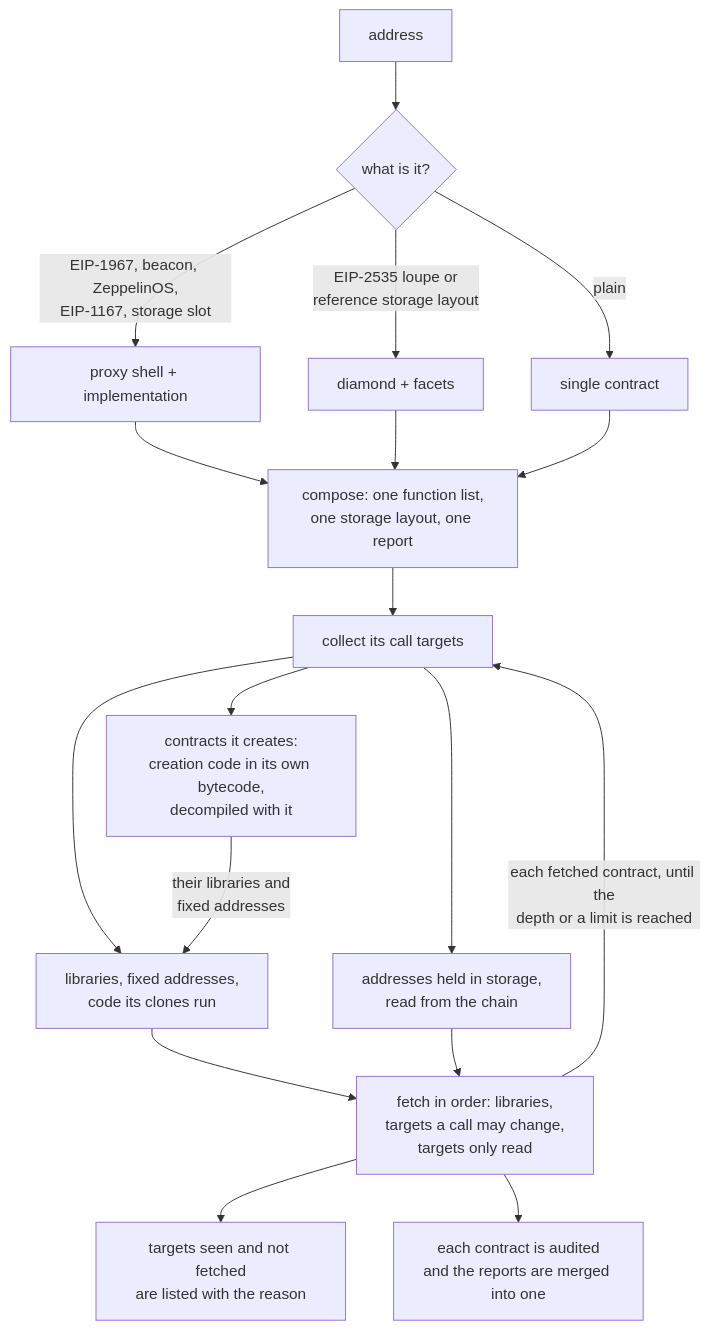
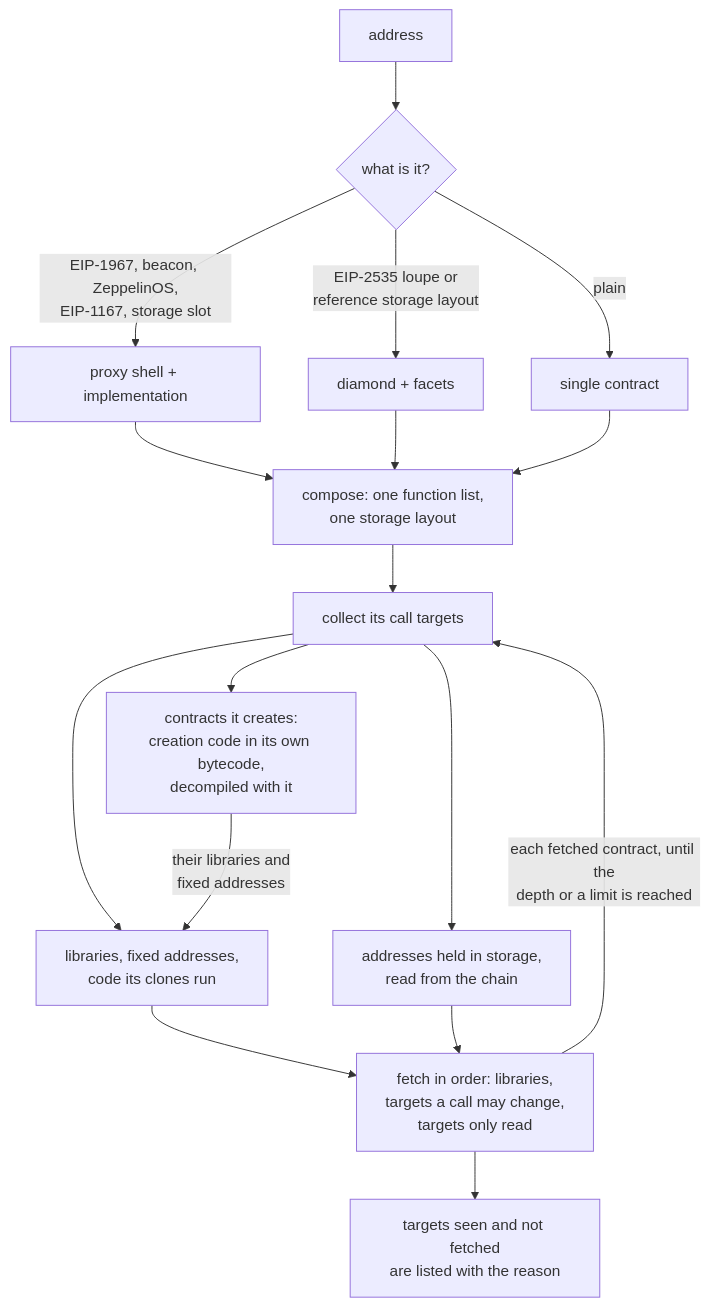
Before and after one commit to rink3y/Evmdec: the second of 2 diagrams in README.md, drawn with Mermaid. The commit also changed other lines of this file and 924 other files, not shown here.

````diff
--- a/README.md
+++ b/README.md
@@ -100,20 +101,19 @@
 ```mermaid
 flowchart TD
     A[address] --> B{what is it?}
     B -->|EIP-1967, beacon, ZeppelinOS,<br/>EIP-1167, storage slot| C[proxy shell + implementation]
     B -->|EIP-2535 loupe or<br/>reference storage layout| D[diamond + facets]
     B -->|plain| E[single contract]
-    C --> F[compose: one function list,<br/>one storage layout, one report]
+    C --> F[compose: one function list,<br/>one storage layout]
     D --> F
     E --> F
     F --> T[collect its call targets]
     T --> G[libraries, fixed addresses,<br/>code its clones run]
     T --> H[addresses held in storage,<br/>read from the chain]
     T --> M[contracts it creates:<br/>creation code in its own bytecode,<br/>decompiled with it]
     M -->|their libraries and<br/>fixed addresses| G
     G --> I[fetch in order: libraries,<br/>targets a call may change,<br/>targets only read]
     H --> I
     I -->|each fetched contract, until the<br/>depth or a limit is reached| T
     I --> U[targets seen and not fetched<br/>are listed with the reason]
-    I --> K[each contract is audited<br/>and the reports are merged into one]
 ```
````
